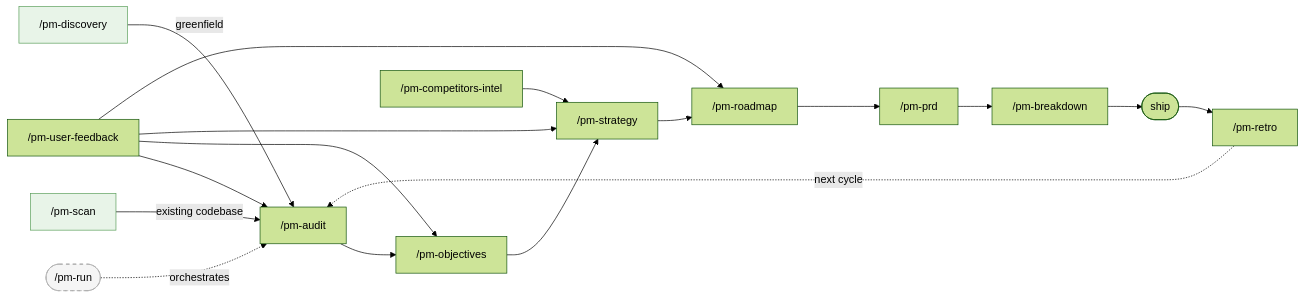
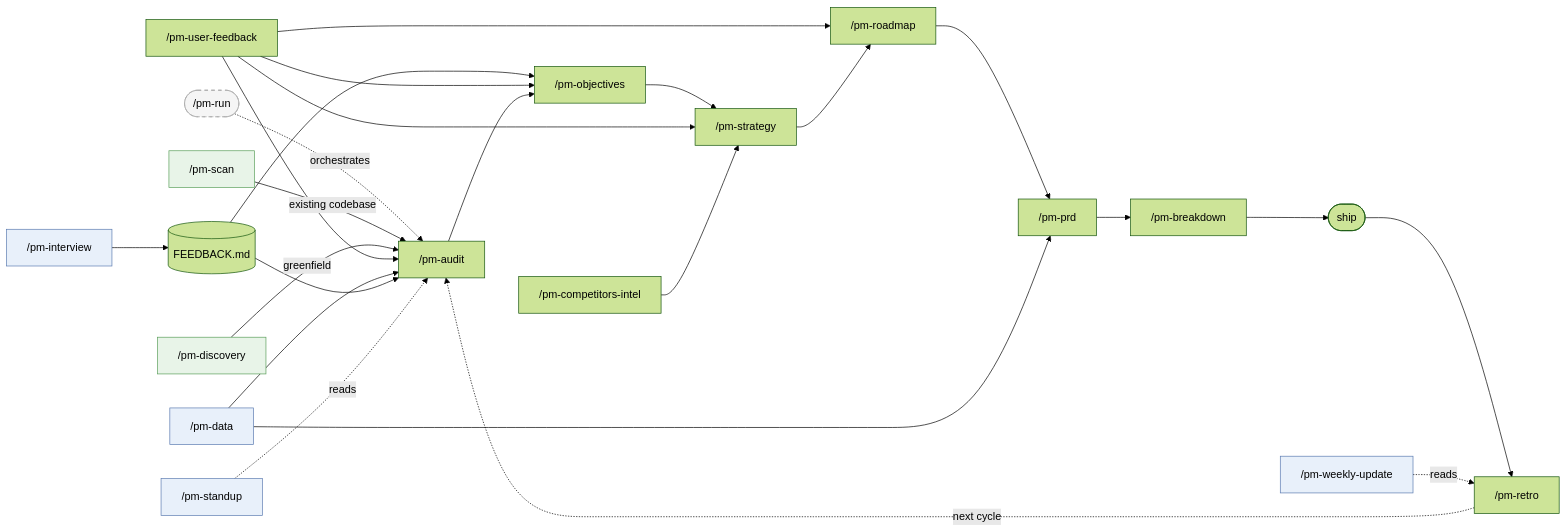
The diagram in README.md (nmrtn/nanopm), drawn with Mermaid (forest theme) before and after one commit. The commit also changed other lines of this file and 22 other files, not shown here.

````diff
--- a/README.md
+++ b/README.md
@@ -127,23 +136,32 @@
 ```mermaid
 graph LR
     RUN(["/pm-run"]):::runner -.->|orchestrates| AUDIT
 
     SCAN["/pm-scan"]:::entry -->|existing codebase| AUDIT["/pm-audit"]
     DISC["/pm-discovery"]:::entry -->|greenfield| AUDIT
     UF["/pm-user-feedback"] --> AUDIT
-    UF --> OBJ["/pm-objectives"]
+    INT["/pm-interview"]:::daily --> FEEDBACK[(FEEDBACK.md)]
+    DATA["/pm-data"]:::daily --> AUDIT
+    FEEDBACK --> AUDIT
+    FEEDBACK --> OBJ["/pm-objectives"]
+    UF --> OBJ
     AUDIT --> OBJ
     OBJ --> STRAT["/pm-strategy"]
     UF --> STRAT
     UF --> ROAD["/pm-roadmap"]
     CI["/pm-competitors-intel"] --> STRAT
     STRAT --> ROAD
     ROAD --> PRD["/pm-prd"]
+    DATA --> PRD
     PRD --> BREAK["/pm-breakdown"]
     BREAK --> SHIP(["ship"])
     SHIP --> RETRO["/pm-retro"]
     RETRO -.->|next cycle| AUDIT
 
+    STAND["/pm-standup"]:::daily -.->|reads| AUDIT
+    WEEKLY["/pm-weekly-update"]:::daily -.->|reads| RETRO
+
     classDef runner fill:#f5f5f5,stroke:#aaa,stroke-dasharray:5 5
     classDef entry fill:#e8f4e8,stroke:#5a9e5a
+    classDef daily fill:#e8f0fa,stroke:#5a7ab0
 ```
````
